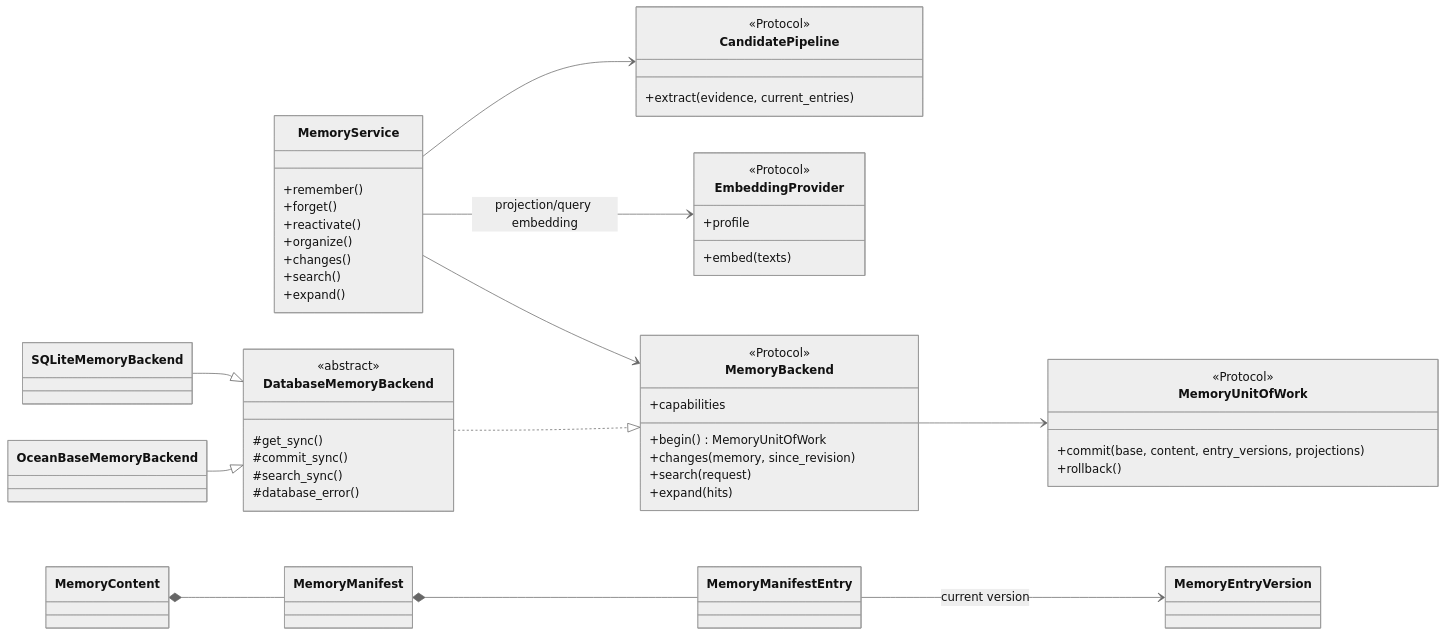
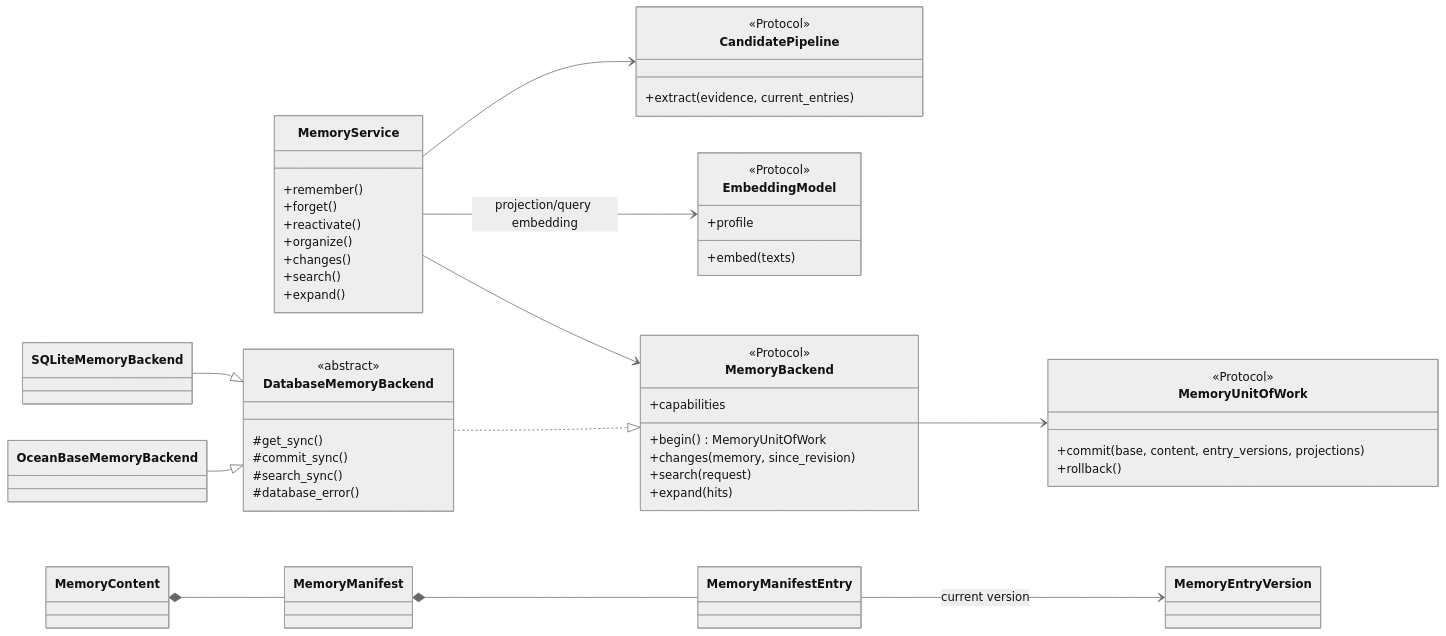
One commit to Alanxtl/powercontext changed the first of 2 diagrams in docs/zh/rfcs/0003_memory_layer_design.md. Above: the diagram before and after it, drawn with Mermaid (neutral theme). The commit also changed other lines of this file and 36 other files, not shown here.

````diff
--- a/docs/zh/rfcs/0003_memory_layer_design.md
+++ b/docs/zh/rfcs/0003_memory_layer_design.md
@@ -84,60 +84,60 @@
 ```mermaid
 classDiagram
     direction LR
 
     class MemoryService {
         +remember()
         +forget()
         +reactivate()
         +organize()
         +changes()
         +search()
         +expand()
     }
     class CandidatePipeline {
         <<Protocol>>
         +extract(evidence, current_entries)
     }
-    class EmbeddingProvider {
+    class EmbeddingModel {
         <<Protocol>>
         +profile
         +embed(texts)
     }
     class MemoryBackend {
         <<Protocol>>
         +capabilities
         +begin() MemoryUnitOfWork
         +changes(memory, since_revision)
         +search(request)
         +expand(hits)
     }
     class MemoryUnitOfWork {
         <<Protocol>>
         +commit(base, content, entry_versions, projections)
         +rollback()
     }
     class DatabaseMemoryBackend {
         <<abstract>>
         #get_sync()
         #commit_sync()
         #search_sync()
         #database_error()
     }
     class SQLiteMemoryBackend
     class OceanBaseMemoryBackend
     class MemoryContent
     class MemoryManifest
     class MemoryManifestEntry
     class MemoryEntryVersion
 
     MemoryService --> CandidatePipeline
-    MemoryService --> EmbeddingProvider : projection/query embedding
+    MemoryService --> EmbeddingModel : projection/query embedding
     MemoryService --> MemoryBackend
     MemoryBackend --> MemoryUnitOfWork
     DatabaseMemoryBackend ..|> MemoryBackend
     SQLiteMemoryBackend --|> DatabaseMemoryBackend
     OceanBaseMemoryBackend --|> DatabaseMemoryBackend
     MemoryContent *-- MemoryManifest
     MemoryManifest *-- MemoryManifestEntry
     MemoryManifestEntry --> MemoryEntryVersion : current version
 ```
````
